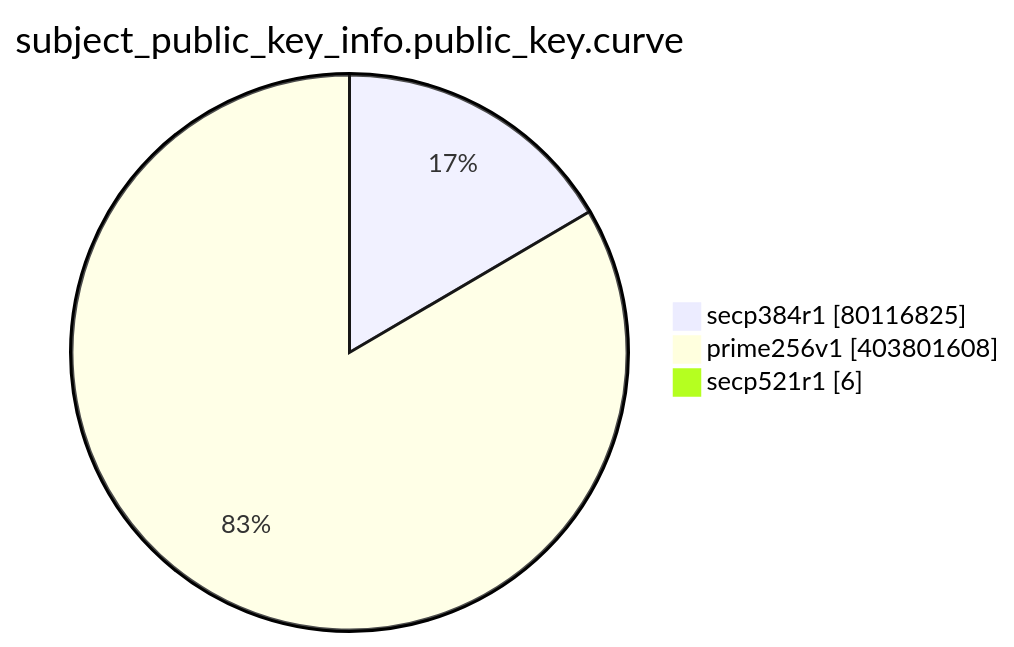
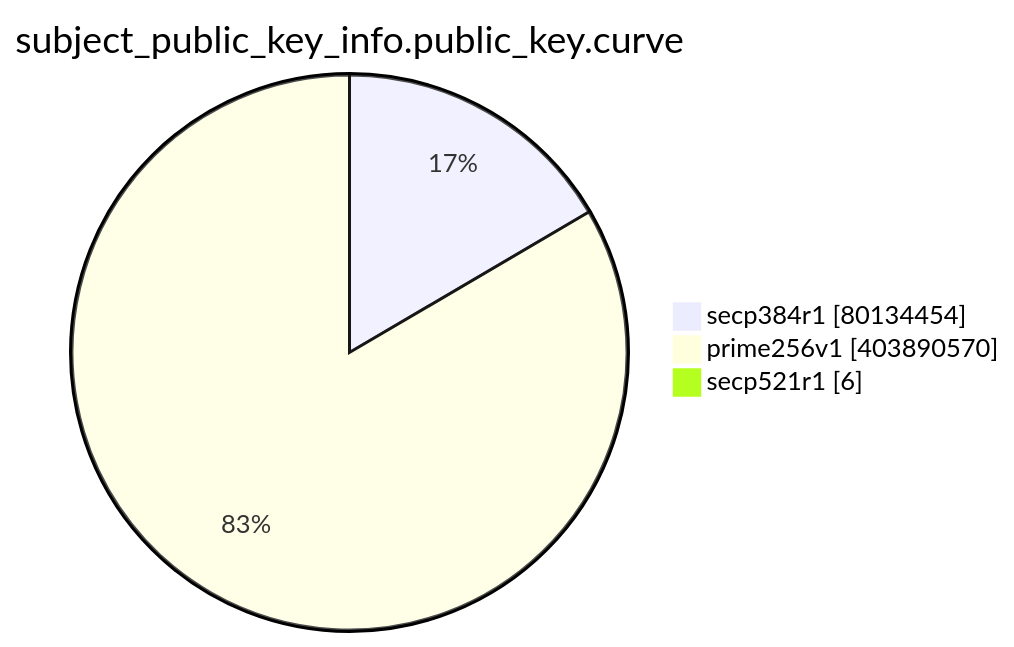
Before and after one commit to christiankrug/ctmonitor_visualization: the eighth of 15 diagrams in TOTAL/README.md, drawn with Mermaid. The commit also changed other lines of this file, not shown here.

````diff
--- a/TOTAL/README.md
+++ b/TOTAL/README.md
@@ -3095,7 +3095,7 @@
 ```mermaid
 pie showData
 title subject_public_key_info.public_key.curve
-"secp384r1" :80116825
-"prime256v1" :403801608
+"secp384r1" :80134454
+"prime256v1" :403890570
 "secp521r1" :6
 ```
````
